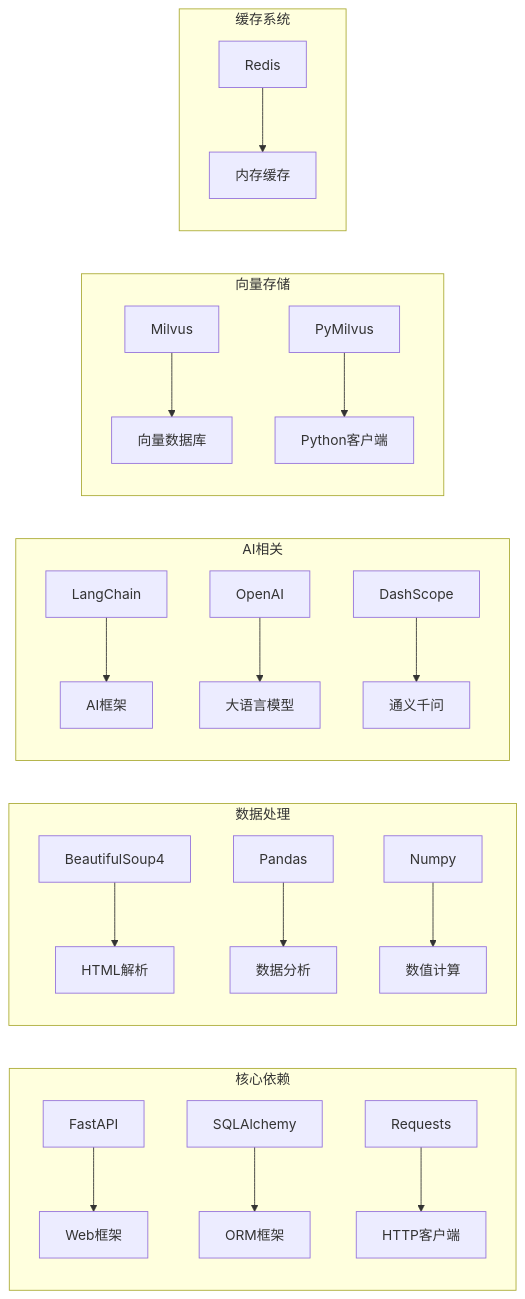
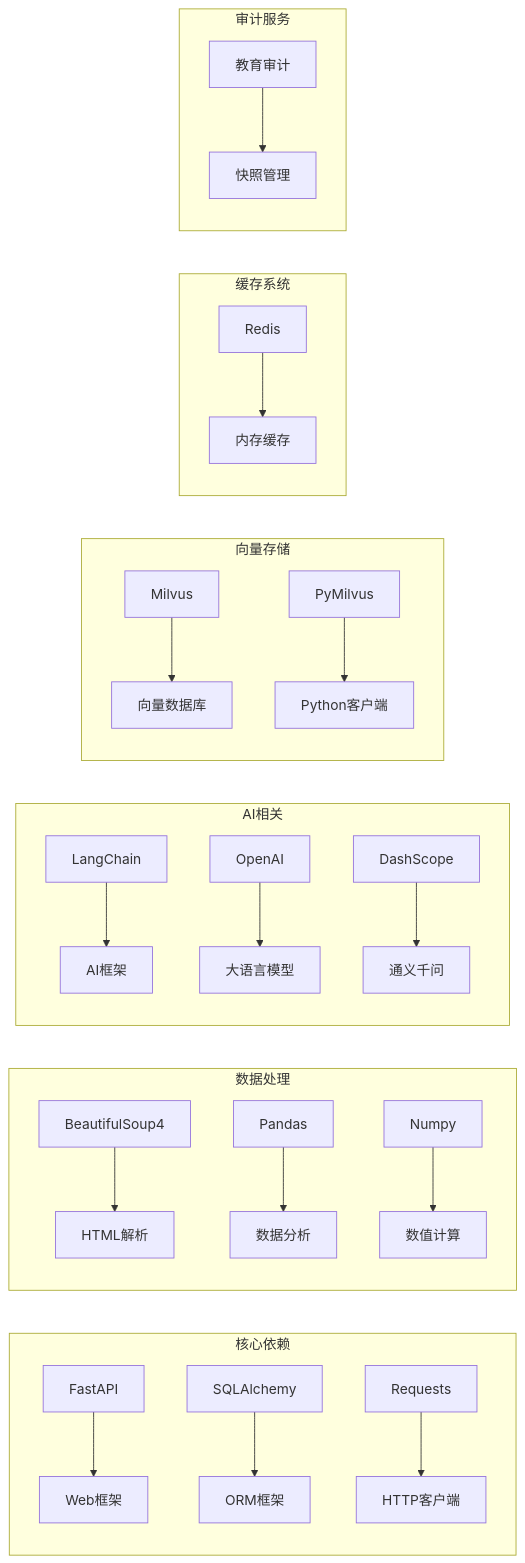
Before and after one commit to ghbbn053-ship-itsoulddog/soulddog: the seventh of 7 diagrams in .qoder/repowiki/zh/content/数据模型设计/教务数据模型.md, drawn with Mermaid. The commit also changed other lines of this file and 119 other files, not shown here.

````diff
--- a/.qoder/repowiki/zh/content/数据模型设计/教务数据模型.md
+++ b/.qoder/repowiki/zh/content/数据模型设计/教务数据模型.md
@@ -328,25 +434,28 @@
 ```mermaid
 graph LR
 subgraph "核心依赖"
 A[FastAPI] --> B[Web框架]
 C[SQLAlchemy] --> D[ORM框架]
 E[Requests] --> F[HTTP客户端]
 end
 subgraph "数据处理"
 G[BeautifulSoup4] --> H[HTML解析]
 I[Pandas] --> J[数据分析]
 K[Numpy] --> L[数值计算]
 end
 subgraph "AI相关"
 M[LangChain] --> N[AI框架]
 O[OpenAI] --> P[大语言模型]
 Q[DashScope] --> R[通义千问]
 end
 subgraph "向量存储"
 S[Milvus] --> T[向量数据库]
 U[PyMilvus] --> V[Python客户端]
 end
 subgraph "缓存系统"
 W[Redis] --> X[内存缓存]
 end
+subgraph "审计服务"
+Y[教育审计] --> Z[快照管理]
+end
 ```
````
